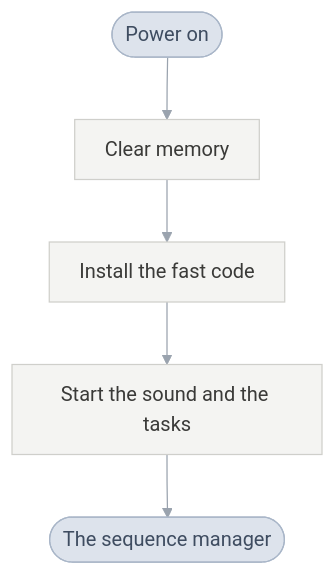
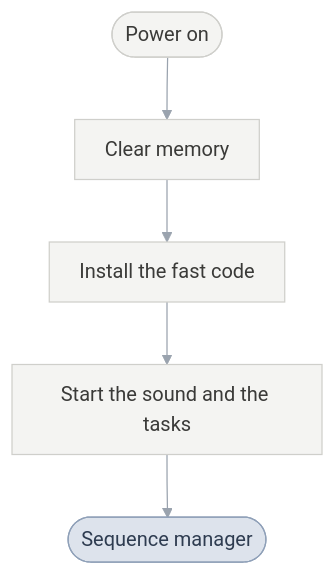
One commit to PascalPixel/alchemy changed the first of 4 diagrams in games/tbs/README.md. Above: the diagram before and after it, drawn with Mermaid. The commit also changed other lines of this file, not shown here.

First line of the commit message:
☀️ Front page: one name and colour for what links two charts

````diff
--- a/games/tbs/README.md
+++ b/games/tbs/README.md
@@ -19,10 +19,13 @@
 ```mermaid
 %%{init: {"theme": "base", "themeVariables": {"lineColor": "#9AA3AE", "edgeLabelBackground": "#FFFFFF"}, "flowchart": {"curve": "basis", "padding": 12}}}%%
 flowchart TD
   power(["Power on"]) --> memory["Clear memory"] --> irq["Install the fast code"]
-  irq --> services["Start the sound and the tasks"] --> seq(["The sequence manager"])
-  classDef link fill:#DDE3EC,stroke:#A9B6C8,color:#3E4C60
+  irq --> services["Start the sound and the tasks"] --> seq(["Sequence manager"])
+  classDef sequenceManager fill:#DDE3EC,stroke:#8FA0B8,color:#2E3C50
+  classDef sceneSequence fill:#F6D5D2,stroke:#D9928B,color:#8A2A22
+  classDef sceneManager fill:#D3EBD9,stroke:#8DC49E,color:#25603A
+  classDef request fill:#FBE7C6,stroke:#E0B46A,color:#7A5212
   classDef step fill:#F4F4F2,stroke:#CFCFCB,color:#3A3A38
-  class power,seq link
-  class memory,irq,services step
+  class seq sequenceManager
+  class power,memory,irq,services step
 ```
````
